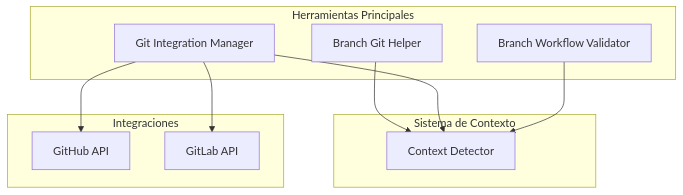
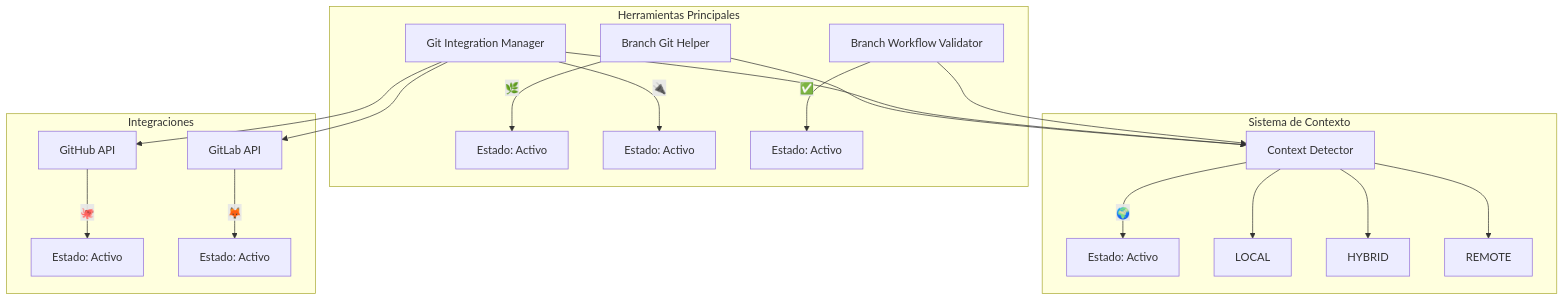
One commit to maurorosero/bintools changed the first of 6 diagrams in docs/manual-git-branch-tools.md. Above: the diagram before and after it, drawn with Mermaid. The commit also changed other lines of this file, not shown here.

Commit message:
[DOCS] Actualiza documentación de Git Branch Tools con detalles de workflows y troubleshooting

````diff
--- a/docs/manual-git-branch-tools.md
+++ b/docs/manual-git-branch-tools.md
@@ -51,23 +70,26 @@
 ```mermaid
 graph TB
     subgraph "Herramientas Principales"
-        Helper[Branch Git Helper]
-        Manager[Git Integration Manager]
-        Validator[Branch Workflow Validator]
+        Helper[Branch Git Helper] --> |"🌿"| HelperStatus[Estado: Activo]
+        Manager[Git Integration Manager] --> |"🔌"| ManagerStatus[Estado: Activo]
+        Validator[Branch Workflow Validator] --> |"✅"| ValidatorStatus[Estado: Activo]
     end
 
     subgraph "Sistema de Contexto"
-        Context[Context Detector]
+        Context[Context Detector] --> |"🌍"| ContextStatus[Estado: Activo]
+        Context --> Local[LOCAL]
+        Context --> Hybrid[HYBRID]
+        Context --> Remote[REMOTE]
     end
 
     subgraph "Integraciones"
-        GitHub[GitHub API]
-        GitLab[GitLab API]
+        GitHub[GitHub API] --> |"🐙"| GitHubStatus[Estado: Activo]
+        GitLab[GitLab API] --> |"🦊"| GitLabStatus[Estado: Activo]
     end
 
     Helper --> Context
     Manager --> Context
     Validator --> Context
     Manager --> GitHub
     Manager --> GitLab
 ```
````
